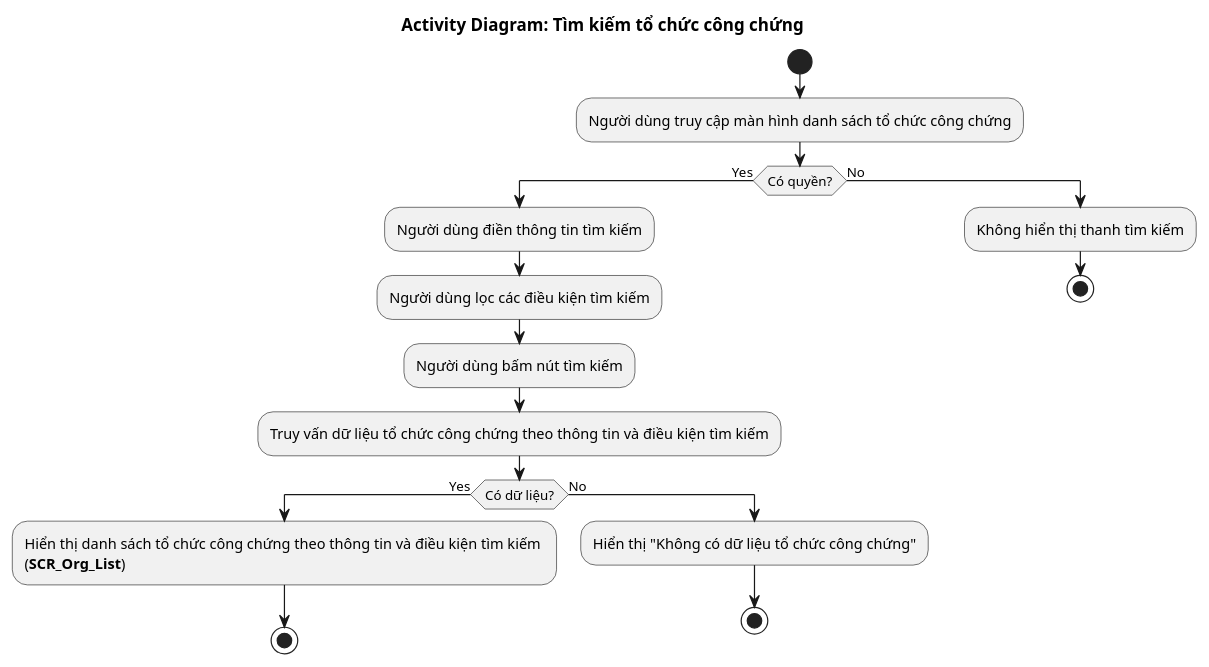
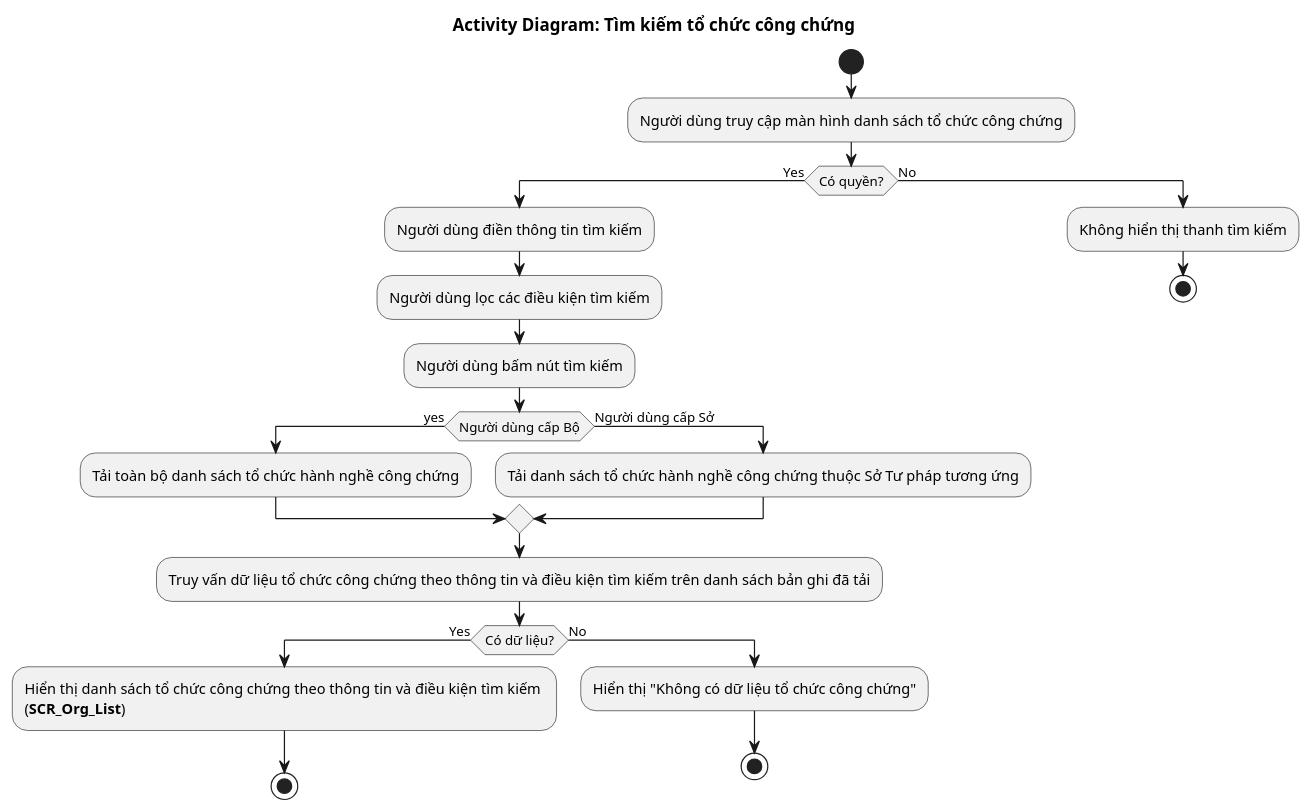
Before and after one commit to alvinnguyen9820-prog/CSDL-Cong-Chung: the diagram in Quản lý tổ chức hành nghề công chứng/4.usecases/TimKiem/AD_Org_Search.puml, drawn with PlantUML. The commit also changed 11 other files, not shown here.

```diff
--- a/Quản lý tổ chức hành nghề công chứng/4.usecases/TimKiem/AD_Org_Search.puml
+++ b/Quản lý tổ chức hành nghề công chứng/4.usecases/TimKiem/AD_Org_Search.puml
@@ -1,23 +1,28 @@
 @startuml AD_Org_Detail
 !pragma layout smetana
 title Activity Diagram: Tìm kiếm tổ chức công chứng
 
 start
 :Người dùng truy cập màn hình danh sách tổ chức công chứng;
 if (Có quyền?) then (Yes)
   :Người dùng điền thông tin tìm kiếm;
   :Người dùng lọc các điều kiện tìm kiếm;
   :Người dùng bấm nút tìm kiếm;
-  :Truy vấn dữ liệu tổ chức công chứng theo thông tin và điều kiện tìm kiếm;
+  if (Người dùng cấp Bộ) then (yes)
+    :Tải toàn bộ danh sách tổ chức hành nghề công chứng;
+  else (Người dùng cấp Sở)
+    :Tải danh sách tổ chức hành nghề công chứng thuộc Sở Tư pháp tương ứng;
+  endif
+  :Truy vấn dữ liệu tổ chức công chứng theo thông tin và điều kiện tìm kiếm trên danh sách bản ghi đã tải;
   if (Có dữ liệu?) then (Yes)
     :Hiển thị danh sách tổ chức công chứng theo thông tin và điều kiện tìm kiếm \n(**SCR_Org_List**);
     stop
   else (No)
     :Hiển thị "Không có dữ liệu tổ chức công chứng";
     stop
   endif
 else (No)
   :Không hiển thị thanh tìm kiếm;
   stop
 endif
 @enduml
```
